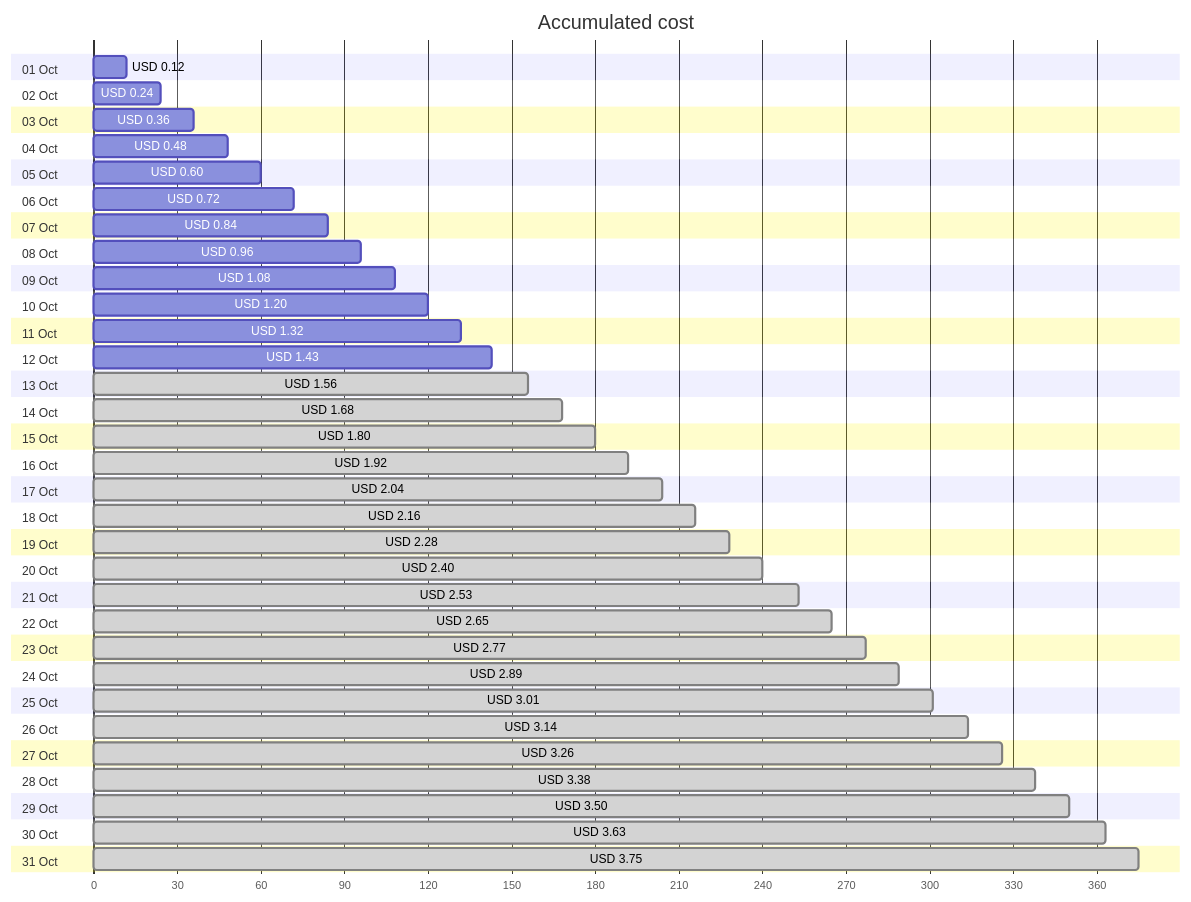
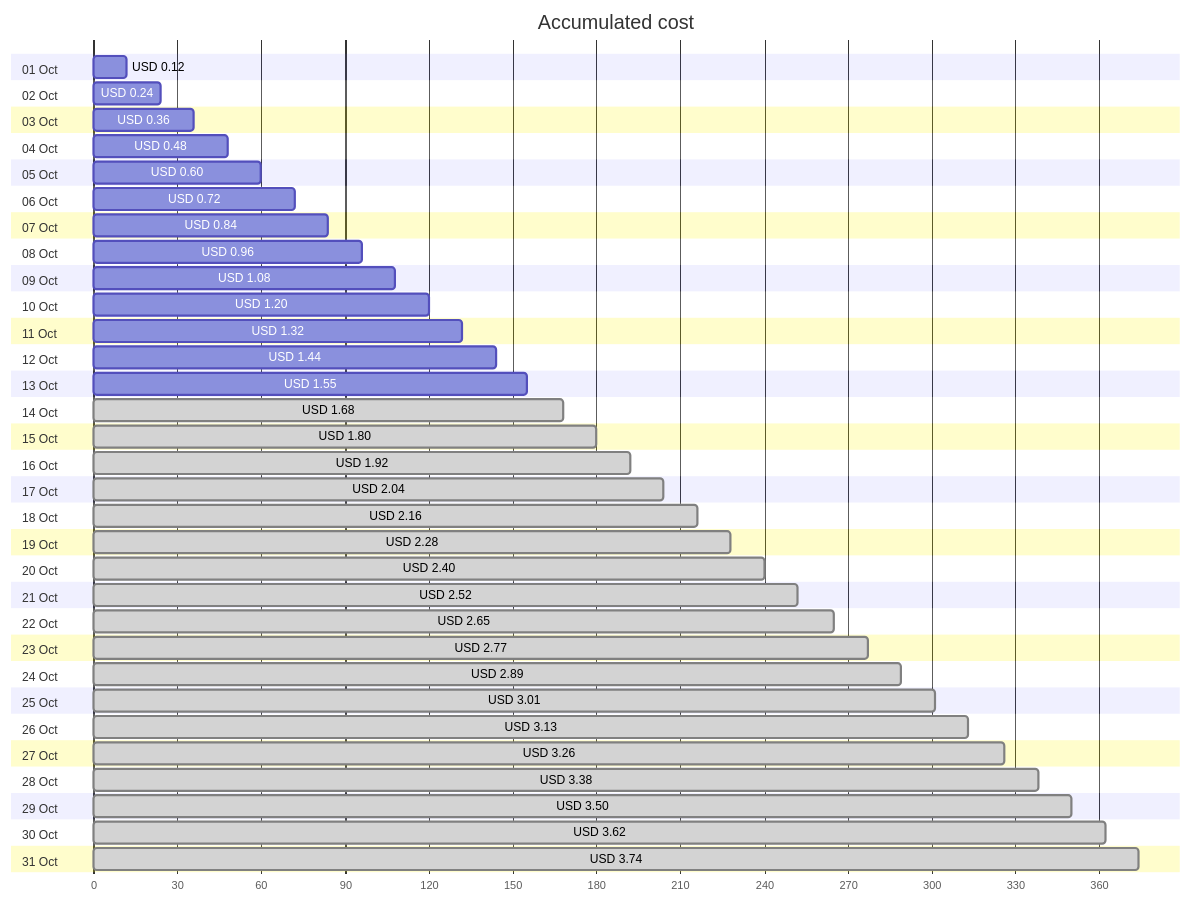
The first of 4 diagrams in cost-reports/personal-network/backup-server-public-ip.md (jpfulton/azure-personal-reports), drawn with Mermaid before and after one commit. The commit also changed other lines of this file and 8 other files, not shown here.

````diff
--- a/cost-reports/personal-network/backup-server-public-ip.md
+++ b/cost-reports/personal-network/backup-server-public-ip.md
@@ -20,68 +20,68 @@
 ```mermaid
 gantt
    title Accumulated cost
    dateFormat  X
    axisFormat %s
    section 01 Oct
    USD 0.12 :0, 12
    section 02 Oct
    USD 0.24 :0, 24
    section 03 Oct
    USD 0.36 :0, 36
    section 04 Oct
    USD 0.48 :0, 48
    section 05 Oct
    USD 0.60 :0, 60
    section 06 Oct
    USD 0.72 :0, 72
    section 07 Oct
    USD 0.84 :0, 84
    section 08 Oct
    USD 0.96 :0, 96
    section 09 Oct
    USD 1.08 :0, 108
    section 10 Oct
    USD 1.20 :0, 120
    section 11 Oct
    USD 1.32 :0, 132
    section 12 Oct
-   USD 1.43 :0, 143
+   USD 1.44 :0, 144
    section 13 Oct
-   USD 1.56 : done, 0, 156
+   USD 1.55 :0, 155
    section 14 Oct
    USD 1.68 : done, 0, 168
    section 15 Oct
    USD 1.80 : done, 0, 180
    section 16 Oct
    USD 1.92 : done, 0, 192
    section 17 Oct
    USD 2.04 : done, 0, 204
    section 18 Oct
    USD 2.16 : done, 0, 216
    section 19 Oct
    USD 2.28 : done, 0, 228
    section 20 Oct
    USD 2.40 : done, 0, 240
    section 21 Oct
-   USD 2.53 : done, 0, 253
+   USD 2.52 : done, 0, 252
    section 22 Oct
    USD 2.65 : done, 0, 265
    section 23 Oct
    USD 2.77 : done, 0, 277
    section 24 Oct
    USD 2.89 : done, 0, 289
    section 25 Oct
    USD 3.01 : done, 0, 301
    section 26 Oct
-   USD 3.14 : done, 0, 314
+   USD 3.13 : done, 0, 313
    section 27 Oct
    USD 3.26 : done, 0, 326
    section 28 Oct
    USD 3.38 : done, 0, 338
    section 29 Oct
    USD 3.50 : done, 0, 350
    section 30 Oct
-   USD 3.63 : done, 0, 363
+   USD 3.62 : done, 0, 362
    section 31 Oct
-   USD 3.75 : done, 0, 375
+   USD 3.74 : done, 0, 374
 ```
````
